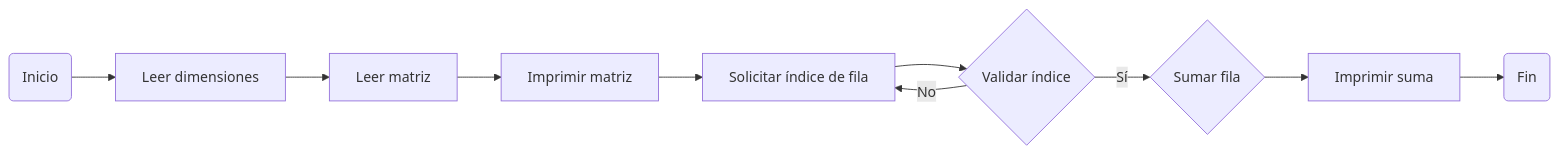
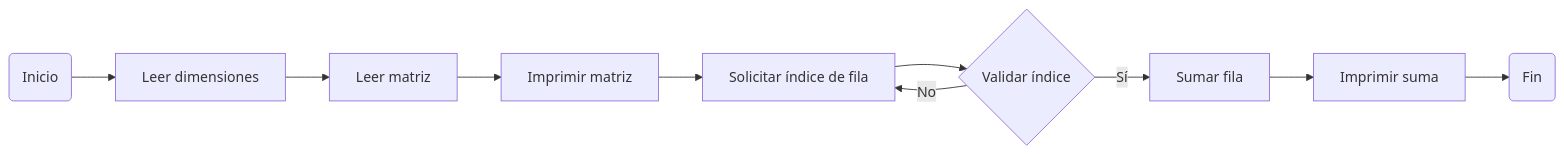
The fifth of 5 diagrams in README.md (alejandrorojassg/11th_repo), drawn with Mermaid before and after one commit. The commit also changed other lines of this file, not shown here.

````diff
--- a/README.md
+++ b/README.md
@@ -295,13 +295,13 @@
 ```mermaid
 flowchart LR
     A(Inicio) --> B[Leer dimensiones]
     B --> C[Leer matriz]
     C --> D[Imprimir matriz]
     D --> E[Solicitar índice de fila]
     E --> F{Validar índice}
     F -- No --> E
-    F -- Sí --> G{Sumar fila}
+    F -- Sí --> G[Sumar fila]
     G --> H[Imprimir suma]
     H --> I(Fin)
 
 ```
````
